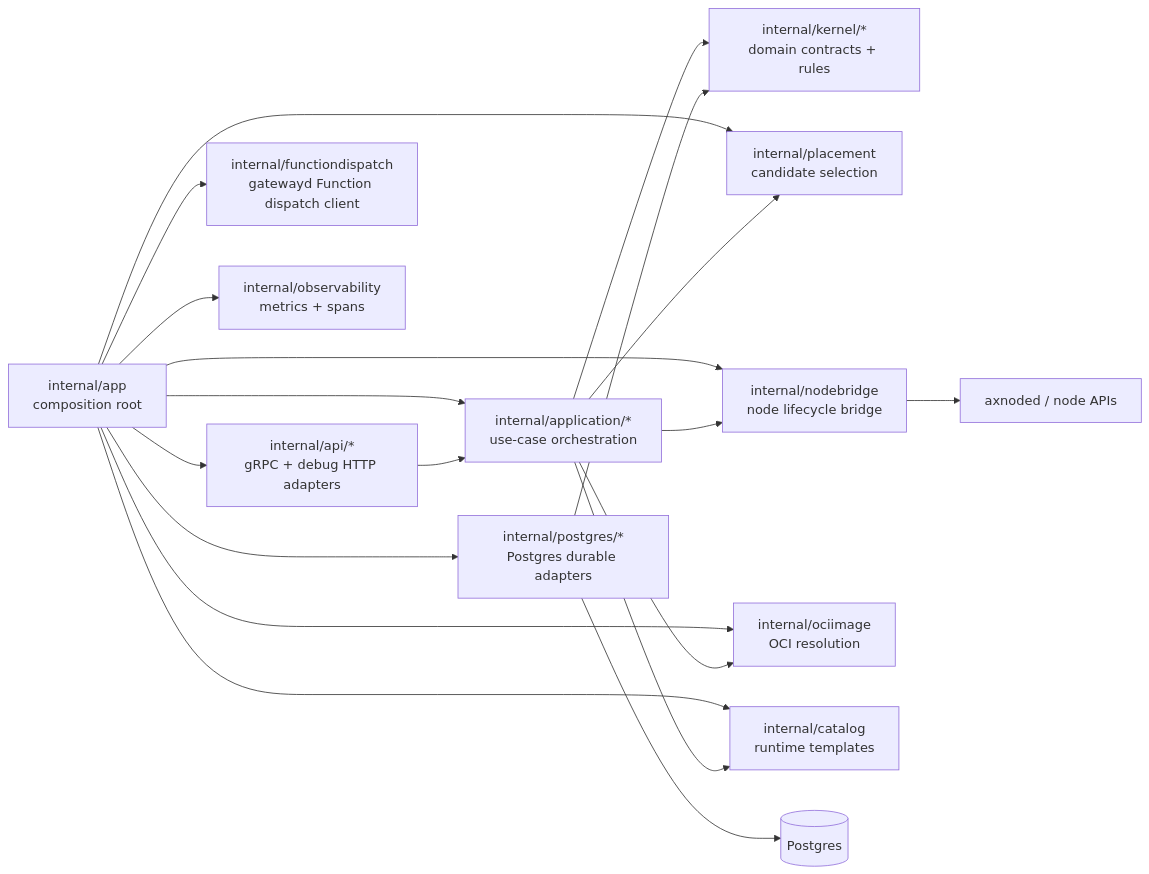
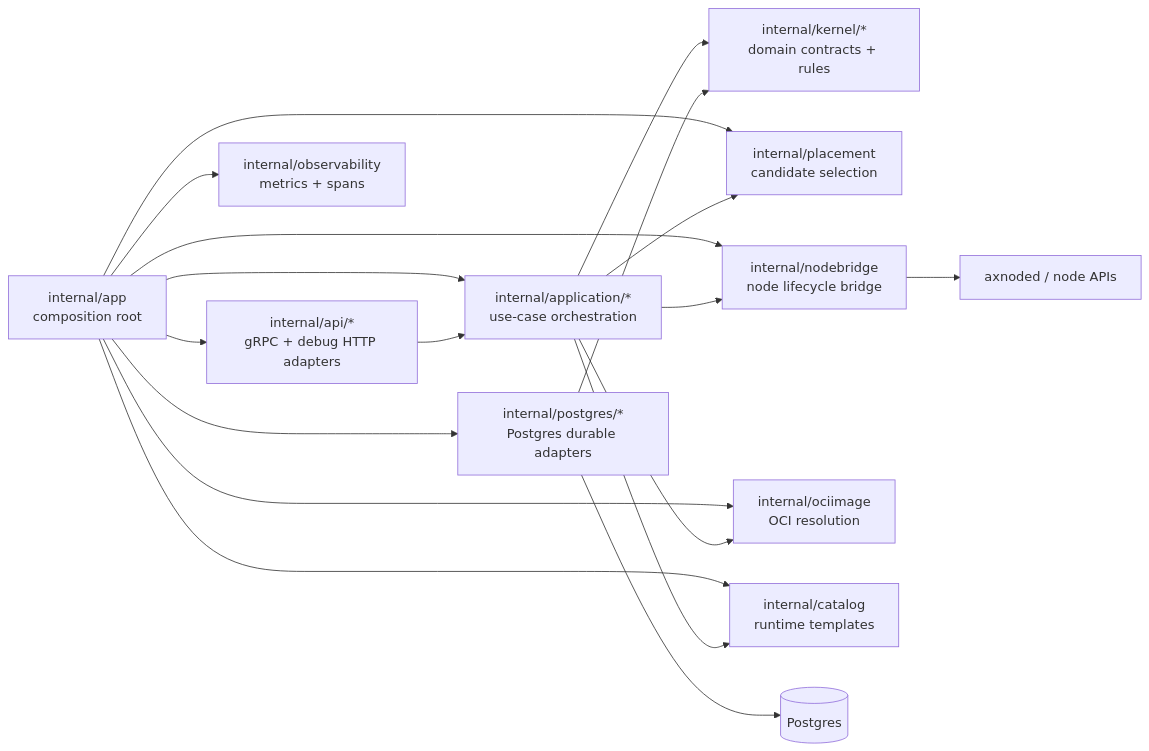
The diagram in control/controld/README.md (cofy-x/axern), drawn with Mermaid before and after one commit. The commit also changed other lines of this file and 176 other files, not shown here.

````diff
--- a/control/controld/README.md
+++ b/control/controld/README.md
@@ -334,37 +303,35 @@
 ```mermaid
 flowchart LR
   app["internal/app\ncomposition root"]
   api["internal/api/*\ngRPC + debug HTTP adapters"]
   application["internal/application/*\nuse-case orchestration"]
   kernel["internal/kernel/*\ndomain contracts + rules"]
   postgres["internal/postgres/*\nPostgres durable adapters"]
   placement["internal/placement\ncandidate selection"]
   nodebridge["internal/nodebridge\nnode lifecycle bridge"]
-  functiondispatch["internal/functiondispatch\ngatewayd Function dispatch client"]
   observability["internal/observability\nmetrics + spans"]
   ociimage["internal/ociimage\nOCI resolution"]
   catalog["internal/catalog\nruntime templates"]
   node["axnoded / node APIs"]
   db[("Postgres")]
 
   app --> api
   app --> application
   app --> postgres
   app --> placement
   app --> nodebridge
-  app --> functiondispatch
   app --> observability
   app --> ociimage
   app --> catalog
 
   api --> application
   application --> kernel
   application --> placement
   application --> nodebridge
   application --> ociimage
   application --> catalog
 
   postgres --> kernel
   postgres --> db
   nodebridge --> node
 ```
````
